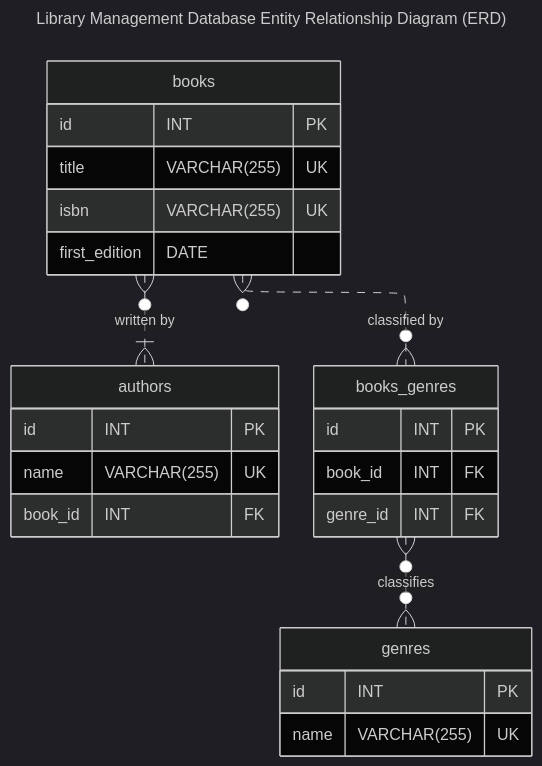
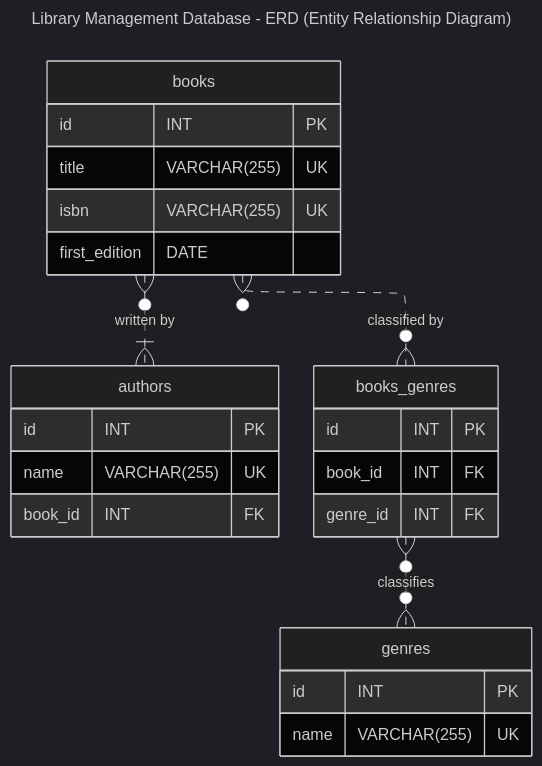
One commit to ebouchut-laplateforme/sql-lab-library-schema changed the diagram in README.md. Above: the diagram before and after it, drawn with Mermaid (dark theme). The commit also changed other lines of this file, not shown here.

````diff
--- a/README.md
+++ b/README.md
@@ -55,33 +53,33 @@
 ```mermaid
 ---
-title: Library Management Database Entity Relationship Diagram (ERD)
+title: Library Management Database - ERD (Entity Relationship Diagram)
 config:
     layout: elk
 ---
 erDiagram
 
     books {
         id                 INT            PK
         title              VARCHAR(255)   UK
         isbn               VARCHAR(255)   UK
         first_edition      DATE              
     }
     authors {
         id                 INT            PK
         name               VARCHAR(255)   UK
         book_id            INT            FK
     }
     genres {
         id                 INT            PK
         name               VARCHAR(255)   UK
     }
     books_genres {
         id                 INT            PK
         book_id            INT            FK
         genre_id           INT            FK
     }
 
     books        }o..|{ authors        : "written by"
     books        }o..o{ books_genres   : "classified by"
     books_genres }o..o{ genres         : "classifies"
 ```
````
